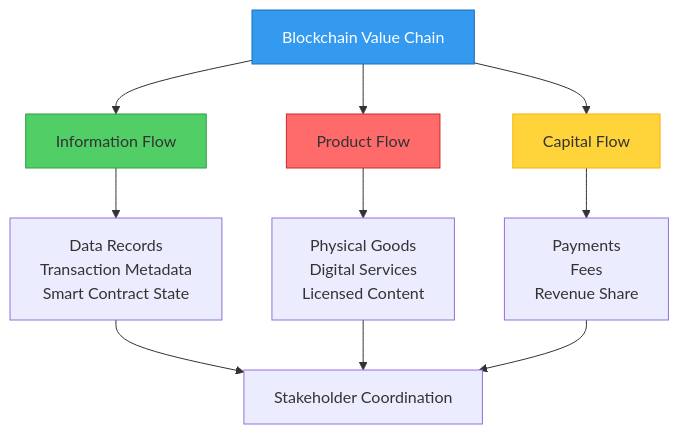
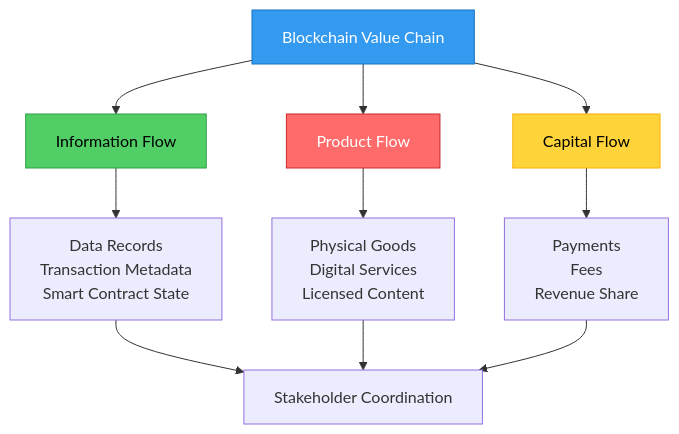
One commit to ljg-cqu/knowledge changed the tenth of 11 diagrams in Industry/Blockchain/Blockchain/ValueChain/QA_LinerScholarDeepResearch.md. Above: the diagram before and after it, drawn with Mermaid. The commit also changed other lines of this file and 6 other files, not shown here.

````diff
--- a/Industry/Blockchain/Blockchain/ValueChain/QA_LinerScholarDeepResearch.md
+++ b/Industry/Blockchain/Blockchain/ValueChain/QA_LinerScholarDeepResearch.md
@@ -811,19 +811,19 @@
 ```mermaid
 flowchart TD
     A[Blockchain Value Chain] --> B[Information Flow]
     A --> C[Product Flow]
     A --> D[Capital Flow]
     
     B --> B1[Data Records<br/>Transaction Metadata<br/>Smart Contract State]
     C --> C1[Physical Goods<br/>Digital Services<br/>Licensed Content]
     D --> D1[Payments<br/>Fees<br/>Revenue Share]
     
     B1 --> E[Stakeholder Coordination]
     C1 --> E
     D1 --> E
     
     style A fill:#339af0,stroke:#1971c2,color:#fff
-    style B fill:#51cf66,stroke:#2f9e44
-    style C fill:#ff6b6b,stroke:#c92a2a
-    style D fill:#ffd43b,stroke:#fab005
+    style B fill:#51cf66,stroke:#2f9e44,color:#000
+    style C fill:#ff6b6b,stroke:#c92a2a,color:#fff
+    style D fill:#ffd43b,stroke:#fab005,color:#000
 ```
````
